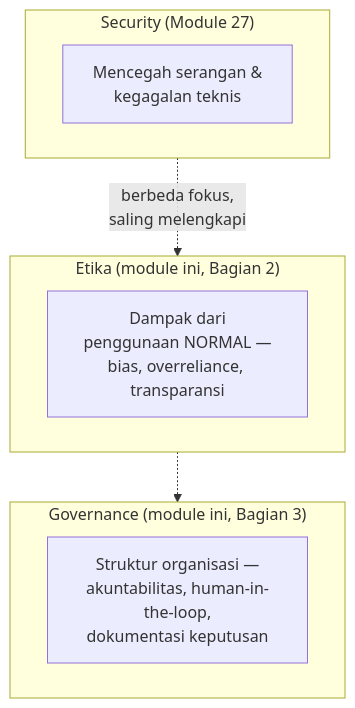
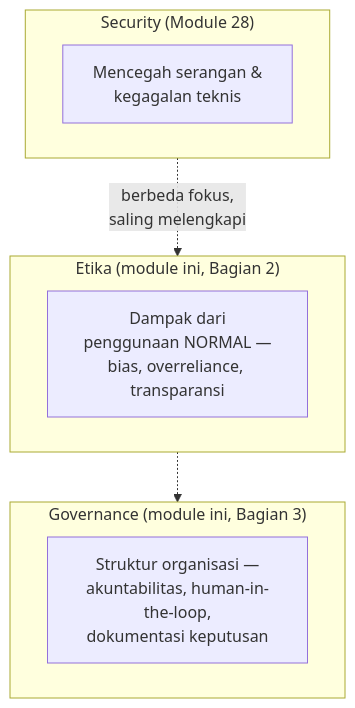
One commit to githubna-ilham/nala_ai changed the first of 2 diagrams in Module-30-Ethics-Governance/materi.md. Above: the diagram before and after it, drawn with Mermaid. The commit also changed other lines of this file and 1 other file, not shown here.

Commit message:
Module 29-30 (dulu 28-29): perbaiki H1 title dan semua cross-reference nomor modul setelah pemisahan Module 12/13

````diff
--- a/Module-30-Ethics-Governance/materi.md
+++ b/Module-30-Ethics-Governance/materi.md
@@ -13,13 +13,13 @@
 ```mermaid
 flowchart TB
-    subgraph L1["Security (Module 27)"]
+    subgraph L1["Security (Module 28)"]
         S1["Mencegah serangan &<br/>kegagalan teknis"]
     end
     subgraph L2["Etika (module ini, Bagian 2)"]
         E1["Dampak dari<br/>penggunaan NORMAL —<br/>bias, overreliance, transparansi"]
     end
     subgraph L3["Governance (module ini, Bagian 3)"]
         G1["Struktur organisasi —<br/>akuntabilitas, human-in-the-loop,<br/>dokumentasi keputusan"]
     end
     L1 -.->|"berbeda fokus,<br/>saling melengkapi"| L2 -.-> L3
 ```
````
